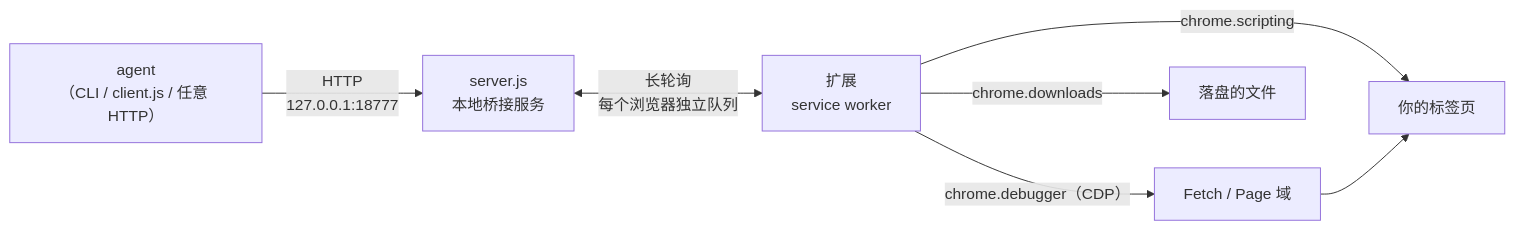
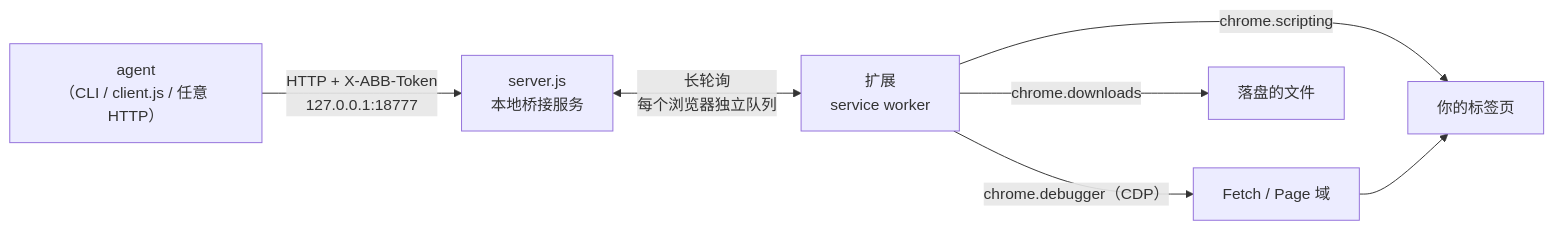
One commit to hhhwdt/agent-browser-bridge changed the first of 3 diagrams in README.zh-CN.md. Above: the diagram before and after it, drawn with Mermaid. The commit also changed other lines of this file and 41 other files, not shown here.

First line of the commit message:
Implement all ROADMAP items for 1.8.0

````diff
--- a/README.zh-CN.md
+++ b/README.zh-CN.md
@@ -61,9 +62,9 @@
 ```mermaid
 flowchart LR
-    A["agent<br/>（CLI / client.js / 任意 HTTP）"] -->|"HTTP<br/>127.0.0.1:18777"| S["server.js<br/>本地桥接服务"]
+    A["agent<br/>（CLI / client.js / 任意 HTTP）"] -->|"HTTP + X-ABB-Token<br/>127.0.0.1:18777"| S["server.js<br/>本地桥接服务"]
     S <-->|"长轮询<br/>每个浏览器独立队列"| X["扩展<br/>service worker"]
     X -->|"chrome.scripting"| T["你的标签页"]
     X -->|"chrome.debugger（CDP）"| C["Fetch / Page 域"]
     C --> T
     X -->|"chrome.downloads"| F["落盘的文件"]
 ```
````
